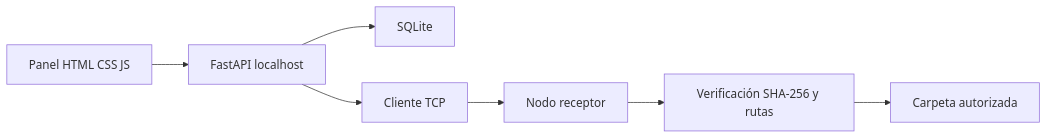
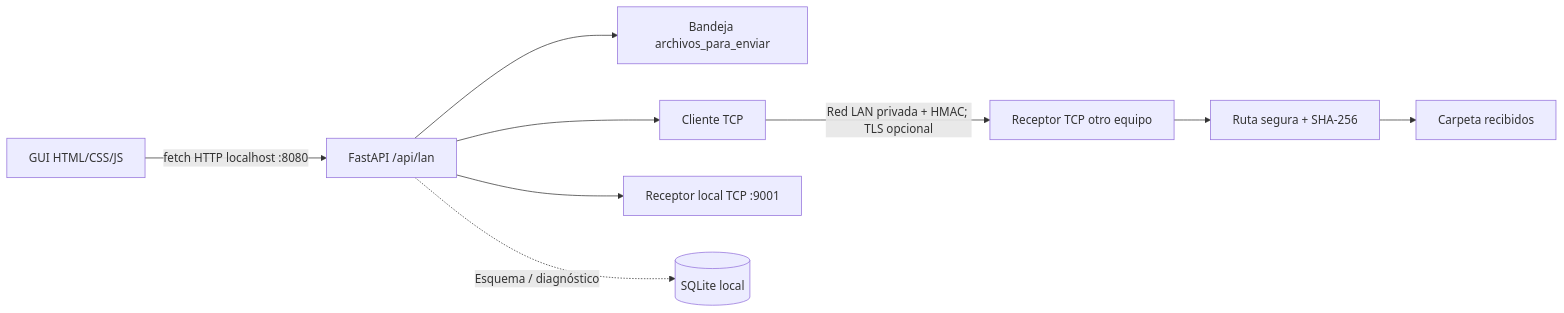
The diagram in documentacion/integracion_api_frontend.md (Codeforgeettttt/localsync-lan-engine_SistemasOperativos_G1), drawn with Mermaid before and after one commit. The commit also changed other lines of this file, not shown here.

Commit message:
docs(integration): reemplazar descripción de la GUI antigua por API y TCP reales

````diff
--- a/documentacion/integracion_api_frontend.md
+++ b/documentacion/integracion_api_frontend.md
@@ -5,9 +9,11 @@
 ```mermaid
 flowchart LR
-  UI[Panel HTML CSS JS] --> API[FastAPI localhost]
-  API --> DB[SQLite]
-  API --> TCP[Cliente TCP]
-  TCP --> N[Nodo receptor]
-  N --> SHA[Verificación SHA-256 y rutas]
-  SHA --> FS[Carpeta autorizada]
+    UI["GUI HTML/CSS/JS"] -->|"fetch HTTP localhost :8080"| API["FastAPI /api/lan"]
+    API --> UP["Bandeja archivos_para_enviar"]
+    API --> TX["Cliente TCP"]
+    API --> RXA["Receptor local TCP :9001"]
+    TX -->|"Red LAN privada + HMAC; TLS opcional"| RXB["Receptor TCP otro equipo"]
+    RXB --> SHA["Ruta segura + SHA-256"]
+    SHA --> FS["Carpeta recibidos"]
+    API -. "Esquema / diagnóstico" .-> BD[("SQLite local")]
 ```
````
